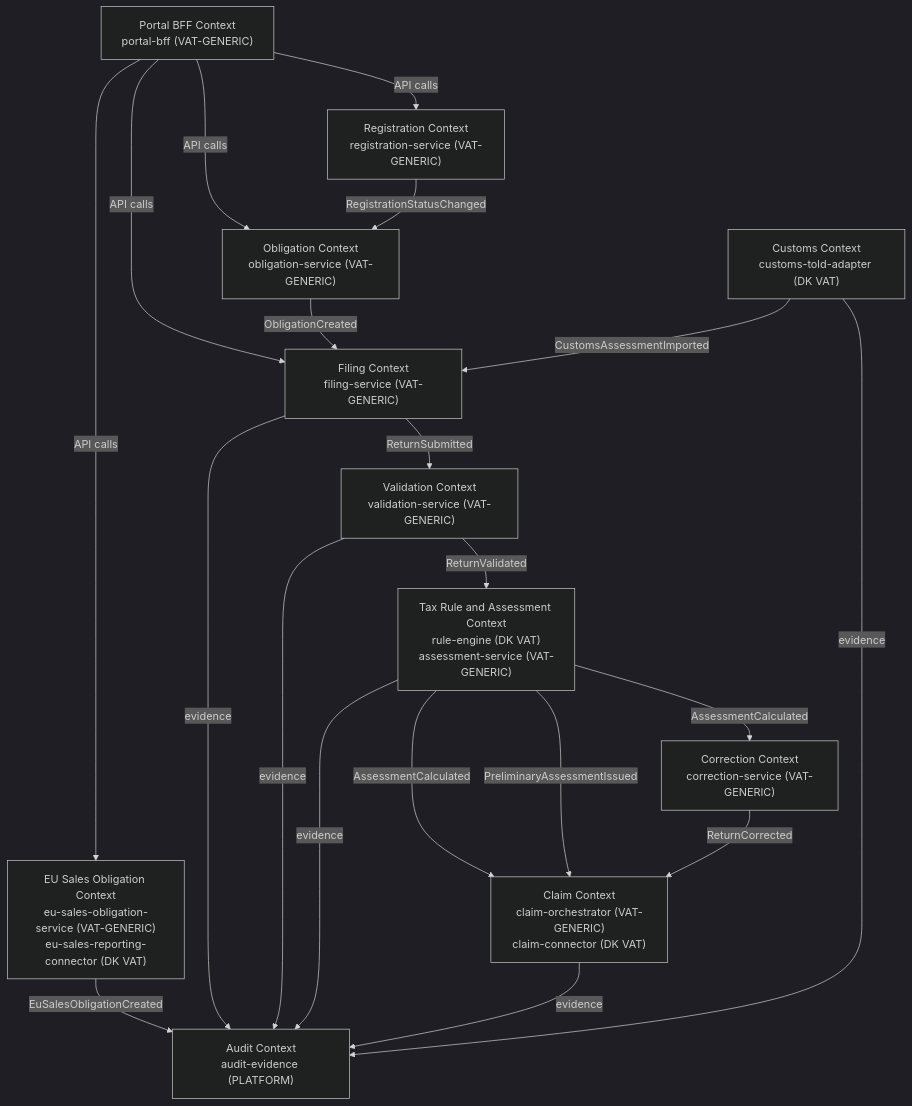
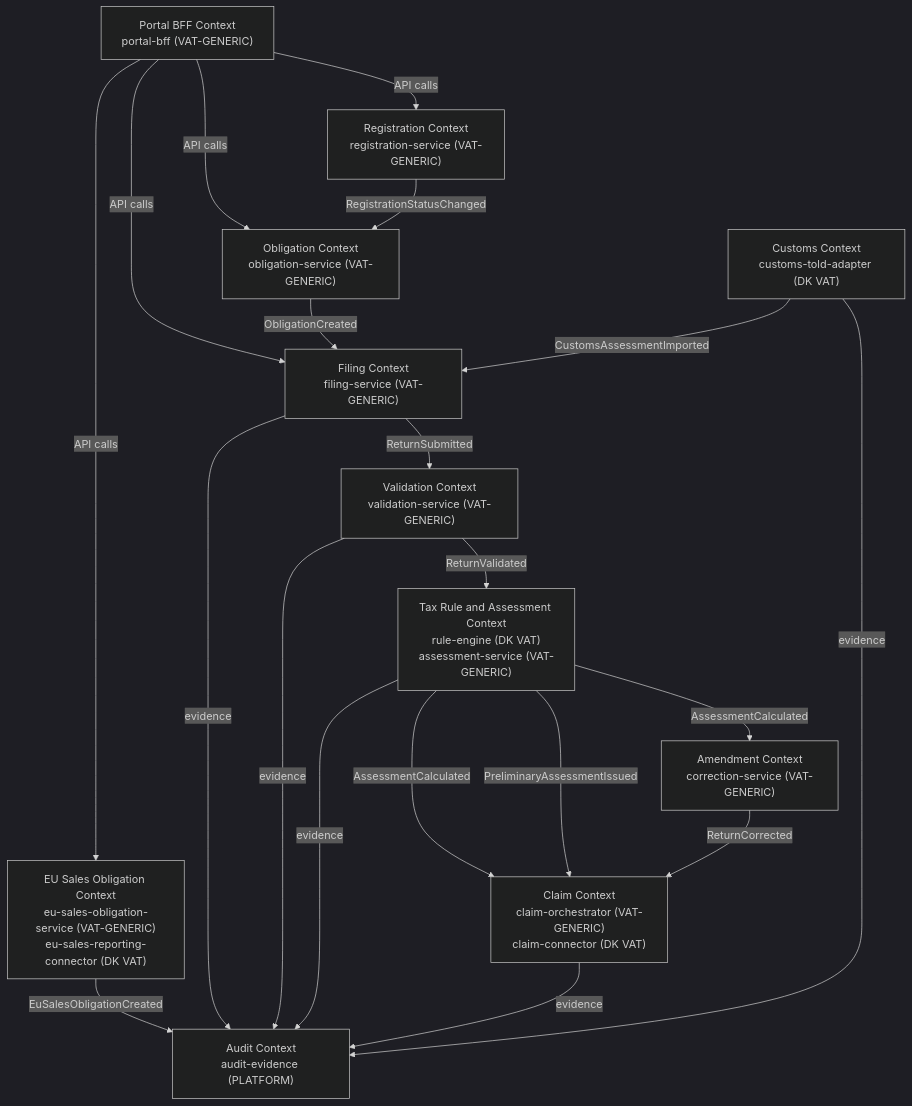
The fifth of 14 diagrams in design/01-vat-filing-assessment-solution-design.md (nc-tbi/VATRI-Codex), drawn with Mermaid (dark theme) before and after one commit. The commit also changed other lines of this file and 38 other files, not shown here.

Commit message:
Rename correction terminology to amendment and add compatibility alias

````diff
--- a/design/01-vat-filing-assessment-solution-design.md
+++ b/design/01-vat-filing-assessment-solution-design.md
@@ -297,34 +297,34 @@
 ```mermaid
 flowchart TB
     BFF_CTX["Portal BFF Context\nportal-bff (VAT-GENERIC)"]
     REG_CTX["Registration Context\nregistration-service (VAT-GENERIC)"]
     OBL_CTX["Obligation Context\nobligation-service (VAT-GENERIC)"]
     EUS_CTX["EU Sales Obligation Context\neu-sales-obligation-service (VAT-GENERIC)\neu-sales-reporting-connector (DK VAT)"]
     FIL_CTX["Filing Context\nfiling-service (VAT-GENERIC)"]
     VAL_CTX["Validation Context\nvalidation-service (VAT-GENERIC)"]
     RULE_CTX["Tax Rule and Assessment Context\nrule-engine (DK VAT)\nassessment-service (VAT-GENERIC)"]
-    COR_CTX["Correction Context\ncorrection-service (VAT-GENERIC)"]
+    COR_CTX["Amendment Context\ncorrection-service (VAT-GENERIC)"]
     CLM_CTX["Claim Context\nclaim-orchestrator (VAT-GENERIC)\nclaim-connector (DK VAT)"]
     CUS_CTX["Customs Context\ncustoms-told-adapter (DK VAT)"]
     AUD_CTX["Audit Context\naudit-evidence (PLATFORM)"]
 
     BFF_CTX -->|"API calls"| REG_CTX
     BFF_CTX -->|"API calls"| OBL_CTX
     BFF_CTX -->|"API calls"| EUS_CTX
     BFF_CTX -->|"API calls"| FIL_CTX
     REG_CTX -->|"RegistrationStatusChanged"| OBL_CTX
     OBL_CTX -->|"ObligationCreated"| FIL_CTX
     EUS_CTX -->|"EuSalesObligationCreated"| AUD_CTX
     CUS_CTX -->|"CustomsAssessmentImported"| FIL_CTX
     FIL_CTX -->|"ReturnSubmitted"| VAL_CTX
     VAL_CTX -->|"ReturnValidated"| RULE_CTX
     RULE_CTX -->|"AssessmentCalculated"| COR_CTX
     RULE_CTX -->|"AssessmentCalculated"| CLM_CTX
     RULE_CTX -->|"PreliminaryAssessmentIssued"| CLM_CTX
     COR_CTX -->|"ReturnCorrected"| CLM_CTX
     FIL_CTX -->|"evidence"| AUD_CTX
     VAL_CTX -->|"evidence"| AUD_CTX
     RULE_CTX -->|"evidence"| AUD_CTX
     CLM_CTX -->|"evidence"| AUD_CTX
     CUS_CTX -->|"evidence"| AUD_CTX
 ```
````
